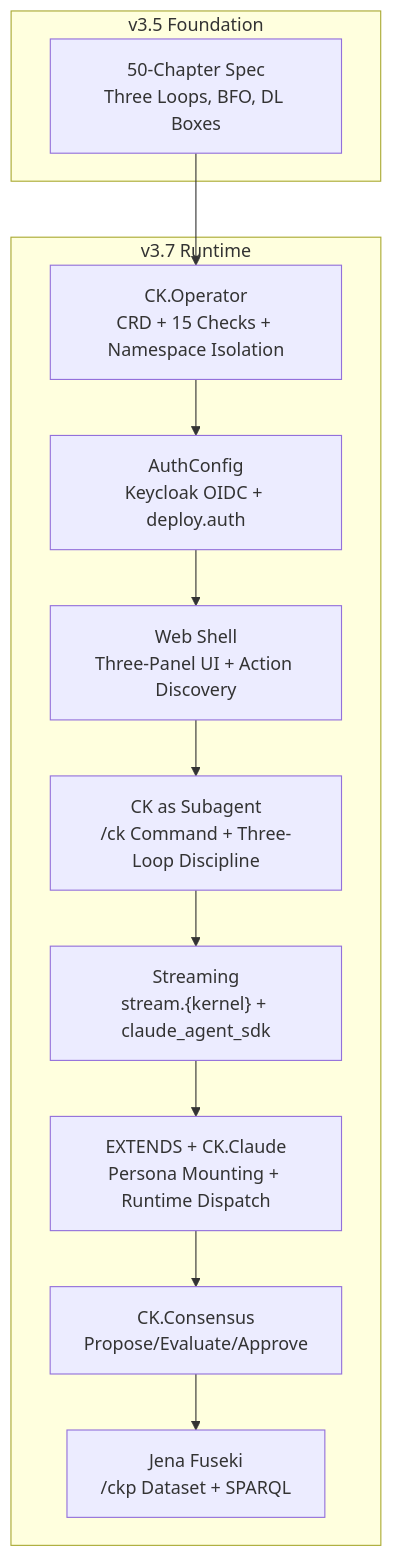
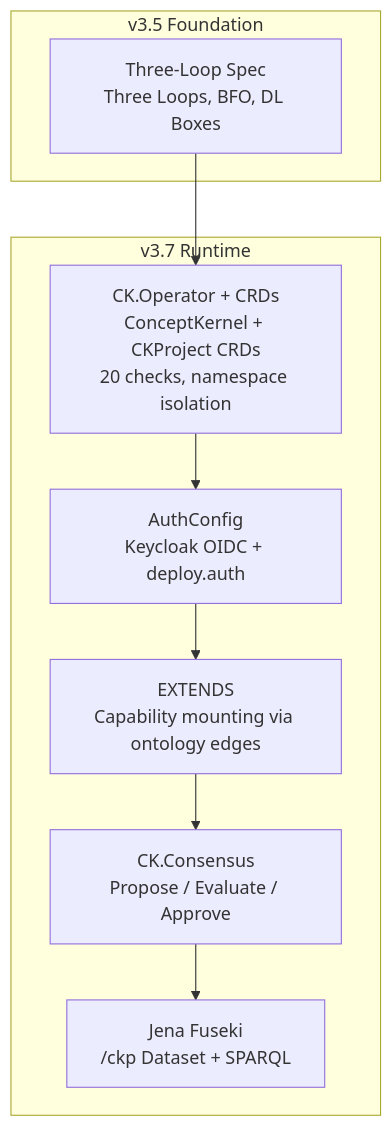
Before and after one commit to ConceptKernel/conceptkernel.github.io: the diagram in docs/v3.7/introduction.md, drawn with Mermaid. The commit also changed other lines of this file and 20 other files, not shown here.

````diff
--- a/docs/v3.7/introduction.md
+++ b/docs/v3.7/introduction.md
@@ -212,26 +208,20 @@
 ```mermaid
 graph TD
     subgraph v35["v3.5 Foundation"]
-        SPEC["50-Chapter Spec<br/>Three Loops, BFO, DL Boxes"]
+        SPEC["Three-Loop Spec<br/>Three Loops, BFO, DL Boxes"]
     end
 
-    subgraph v36["v3.7 Runtime"]
-        OP["CK.Operator<br/>CRD + 15 Checks + Namespace Isolation"]
+    subgraph v37["v3.7 Runtime"]
+        OP["CK.Operator + CRDs<br/>ConceptKernel + CKProject CRDs<br/>20 checks, namespace isolation"]
         AUTH["AuthConfig<br/>Keycloak OIDC + deploy.auth"]
-        WEB["Web Shell<br/>Three-Panel UI + Action Discovery"]
-        AGENT["CK as Subagent<br/>/ck Command + Three-Loop Discipline"]
-        STREAM["Streaming<br/>stream.{kernel} + claude_agent_sdk"]
-        EXTENDS["EXTENDS + CK.Claude<br/>Persona Mounting + Runtime Dispatch"]
-        CONSENSUS["CK.Consensus<br/>Propose/Evaluate/Approve"]
+        EXTENDS["EXTENDS<br/>Capability mounting via ontology edges"]
+        CONSENSUS["CK.Consensus<br/>Propose / Evaluate / Approve"]
         GRAPH["Jena Fuseki<br/>/ckp Dataset + SPARQL"]
     end
 
     SPEC --> OP
     OP --> AUTH
-    AUTH --> WEB
-    WEB --> AGENT
-    AGENT --> STREAM
-    STREAM --> EXTENDS
+    AUTH --> EXTENDS
     EXTENDS --> CONSENSUS
     CONSENSUS --> GRAPH
 ```
````
